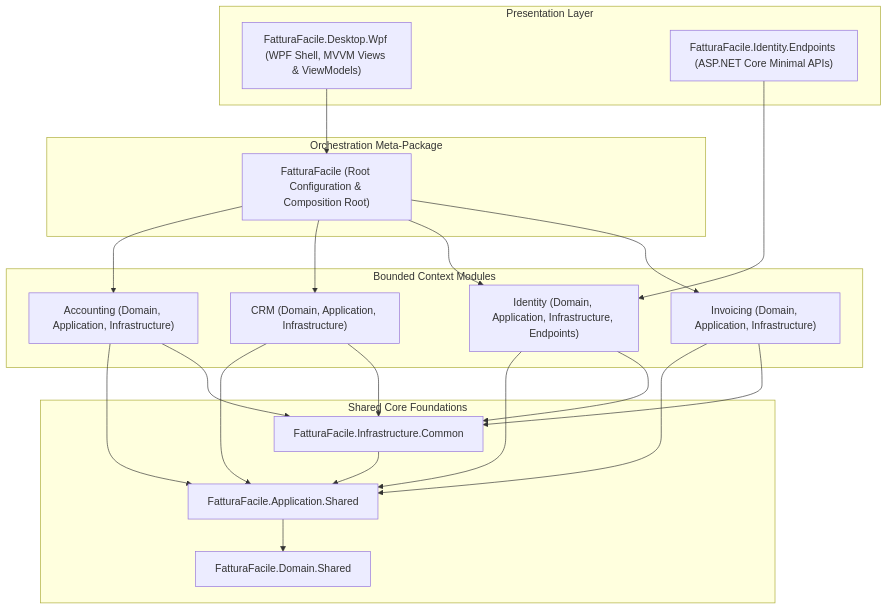
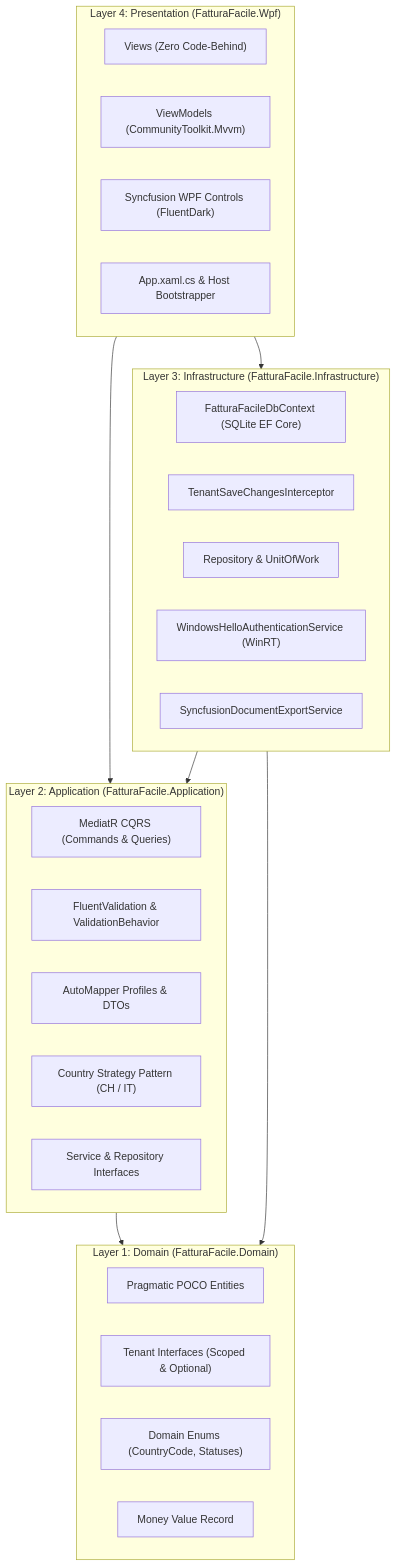
The first of 2 diagrams in ARCHITECTURE.md (FatturaFacile/desktop), drawn with Mermaid before and after one commit. The commit also changed other lines of this file and 384 other files, not shown here.

````diff
--- a/ARCHITECTURE.md
+++ b/ARCHITECTURE.md
@@ -11,43 +19,38 @@
 ```mermaid
 graph TD
-    subgraph Presentation Layer
-        WPF["FatturaFacile.Desktop.Wpf (WPF Shell, MVVM Views & ViewModels)"]
-        API["FatturaFacile.Identity.Endpoints (ASP.NET Core Minimal APIs)"]
+    subgraph Layer4 ["Layer 4: Presentation (FatturaFacile.Wpf)"]
+        WPF_VIEWS["Views (Zero Code-Behind)"]
+        WPF_VM["ViewModels (CommunityToolkit.Mvvm)"]
+        WPF_SF["Syncfusion WPF Controls (FluentDark)"]
+        WPF_BOOT["App.xaml.cs & Host Bootstrapper"]
     end
 
-    subgraph Orchestration Meta-Package
-        FF["FatturaFacile (Root Configuration & Composition Root)"]
+    subgraph Layer3 ["Layer 3: Infrastructure (FatturaFacile.Infrastructure)"]
+        INFRA_DB["FatturaFacileDbContext (SQLite EF Core)"]
+        INFRA_INTER["TenantSaveChangesInterceptor"]
+        INFRA_REPO["Repository<T> & UnitOfWork"]
+        INFRA_AUTH["WindowsHelloAuthenticationService (WinRT)"]
+        INFRA_EXP["SyncfusionDocumentExportService"]
     end
 
-    subgraph Bounded Context Modules
-        ACC["Accounting (Domain, Application, Infrastructure)"]
-        CRM["CRM (Domain, Application, Infrastructure)"]
-        ID["Identity (Domain, Application, Infrastructure, Endpoints)"]
-        INV["Invoicing (Domain, Application, Infrastructure)"]
+    subgraph Layer2 ["Layer 2: Application (FatturaFacile.Application)"]
+        APP_CQRS["MediatR CQRS (Commands & Queries)"]
+        APP_VAL["FluentValidation & ValidationBehavior"]
+        APP_MAP["AutoMapper Profiles & DTOs"]
+        APP_STRAT["Country Strategy Pattern (CH / IT)"]
+        APP_IFACE["Service & Repository Interfaces"]
     end
 
-    subgraph Shared Core Foundations
-        INF_COM["FatturaFacile.Infrastructure.Common"]
-        APP_SH["FatturaFacile.Application.Shared"]
-        DOM_SH["FatturaFacile.Domain.Shared"]
+    subgraph Layer1 ["Layer 1: Domain (FatturaFacile.Domain)"]
+        DOM_POCO["Pragmatic POCO Entities"]
+        DOM_TENANT["Tenant Interfaces (Scoped & Optional)"]
+        DOM_ENUM["Domain Enums (CountryCode, Statuses)"]
+        DOM_MONEY["Money Value Record"]
     end
 
-    WPF --> FF
-    API --> ID
-    FF --> ACC
-    FF --> CRM
-    FF --> ID
-    FF --> INV
-
-    ACC --> APP_SH
-    ACC --> INF_COM
-    CRM --> APP_SH
-    CRM --> INF_COM
-    ID --> APP_SH
-    ID --> INF_COM
-    INV --> APP_SH
-    INV --> INF_COM
-
-    APP_SH --> DOM_SH
-    INF_COM --> APP_SH
+    Layer4 --> Layer2
+    Layer4 --> Layer3
+    Layer3 --> Layer2
+    Layer2 --> Layer1
+    Layer3 --> Layer1
 ```
````
